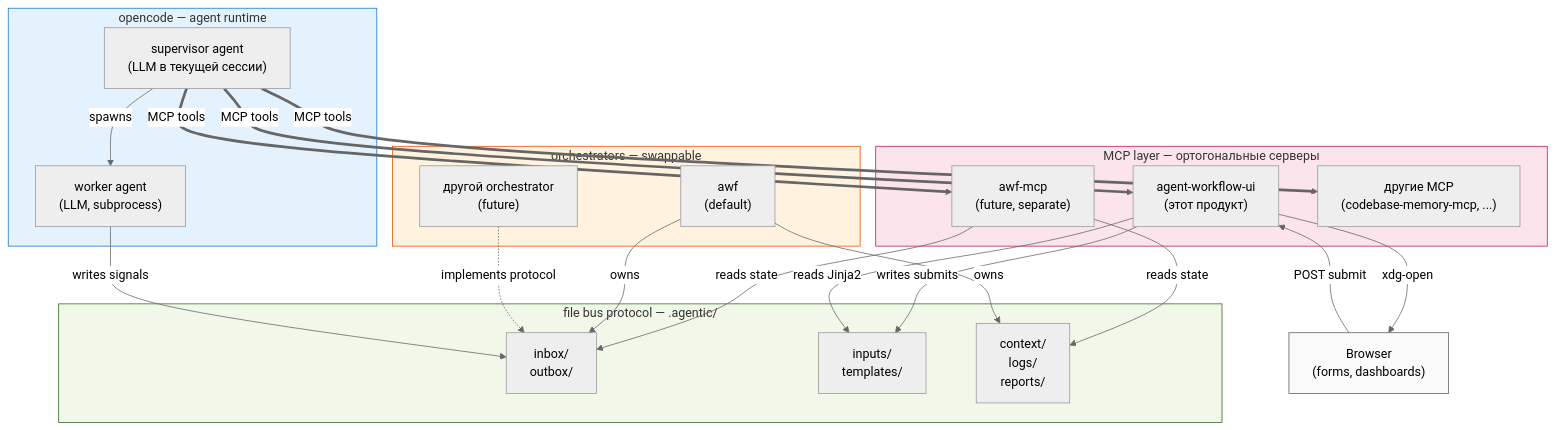
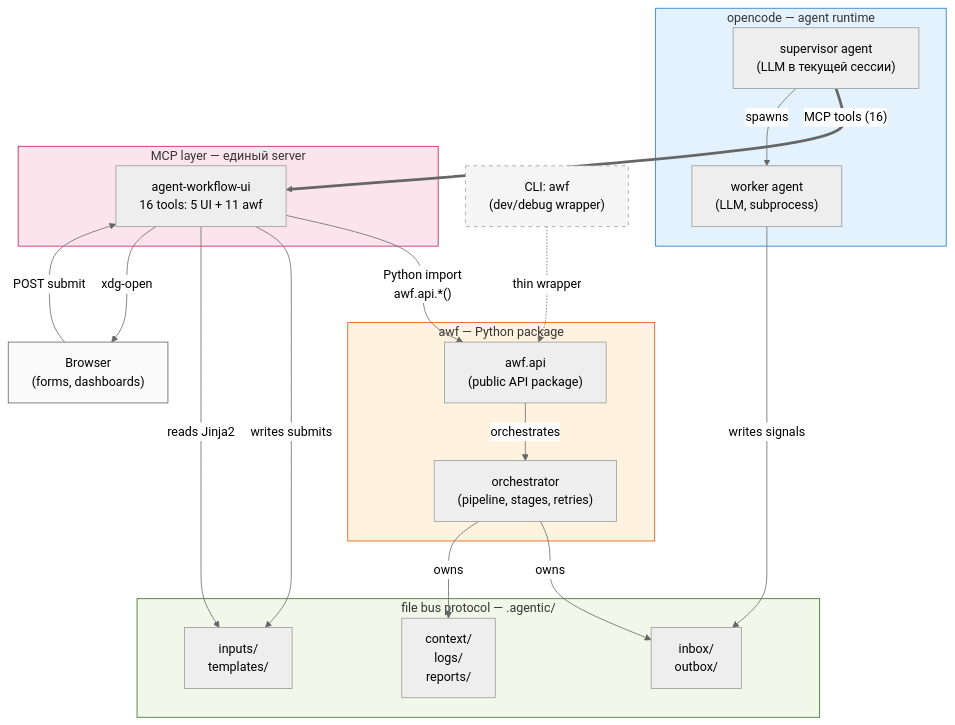
Before and after one commit to EnerJizeIT/agentic-workflow: the diagram in vision/architecture.md, drawn with Mermaid (neutral theme). The commit also changed other lines of this file and 1 other file, not shown here.

First line of the commit message:
docs(vision): v0.5 pivot — MCP primary, plugin depends on awf, single MCP server

````diff
--- a/vision/architecture.md
+++ b/vision/architecture.md
@@ -42,51 +43,48 @@
 ```mermaid
 flowchart TD
     subgraph oc["opencode — agent runtime"]
         SA["supervisor agent<br/>(LLM в текущей сессии)"]
         WA["worker agent<br/>(LLM, subprocess)"]
     end
 
-    subgraph mcp["MCP layer — ортогональные серверы"]
-        UIMCP["agent-workflow-ui<br/>(этот продукт)"]
-        AWFMCP["awf-mcp<br/>(future, separate)"]
-        OTHERMCP["другие MCP<br/>(codebase-memory-mcp, ...)"]
+    subgraph mcp["MCP layer — единый server"]
+        PLUGIN["agent-workflow-ui<br/>16 tools: 5 UI + 11 awf"]
     end
 
-    subgraph orch["orchestrators — swappable"]
-        AWF["awf<br/>(default)"]
-        OTHER["другой orchestrator<br/>(future)"]
+    subgraph awf_pkg["awf — Python package"]
+        API["awf.api<br/>(public API package)"]
+        ORCH["orchestrator<br/>(pipeline, stages, retries)"]
     end
 
     subgraph bus["file bus protocol — .agentic/"]
         IN["inbox/<br/>outbox/"]
         INPUTS["inputs/<br/>templates/"]
         CTX["context/<br/>logs/<br/>reports/"]
     end
 
     BR["Browser<br/>(forms, dashboards)"]
+    CLI["CLI: awf<br/>(dev/debug wrapper)"]
 
-    SA ==>|"MCP tools"| UIMCP
-    SA ==>|"MCP tools"| AWFMCP
-    SA ==>|"MCP tools"| OTHERMCP
+    SA ==>|"MCP tools (16)"| PLUGIN
     SA -->|"spawns"| WA
+    CLI -.->|"thin wrapper"| API
 
-    UIMCP -->|"writes submits"| INPUTS
-    UIMCP -->|"reads Jinja2"| INPUTS
-    UIMCP -->|"xdg-open"| BR
-    BR -->|"POST submit"| UIMCP
+    PLUGIN -->|"Python import<br/>awf.api.*()"| API
+    PLUGIN -->|"writes submits"| INPUTS
+    PLUGIN -->|"reads Jinja2"| INPUTS
+    PLUGIN -->|"xdg-open"| BR
+    BR -->|"POST submit"| PLUGIN
 
-    AWFMCP -->|"reads state"| IN
-    AWFMCP -->|"reads state"| CTX
-
-    AWF -->|"owns"| IN
-    AWF -->|"owns"| CTX
-    OTHER -.->|"implements protocol"| IN
+    API -->|"orchestrates"| ORCH
+    ORCH -->|"owns"| IN
+    ORCH -->|"owns"| CTX
 
     WA -->|"writes signals"| IN
 
     style oc fill:#e3f2fd,stroke:#1976d2
     style mcp fill:#fce4ec,stroke:#c2185b
-    style orch fill:#fff3e0,stroke:#e65100
+    style awf_pkg fill:#fff3e0,stroke:#e65100
     style bus fill:#f1f8e9,stroke:#33691e
     style BR fill:#fafafa,stroke:#616161
+    style CLI fill:#f5f5f5,stroke:#9e9e9e,stroke-dasharray: 5 5
 ```
````
